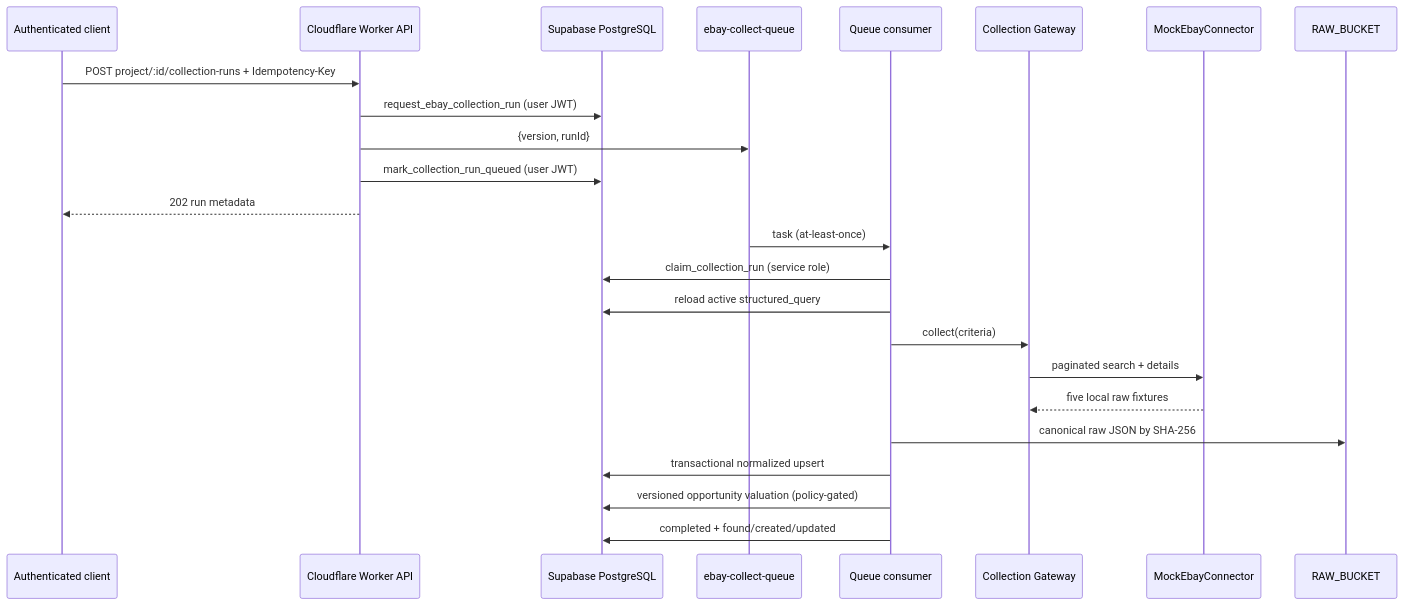
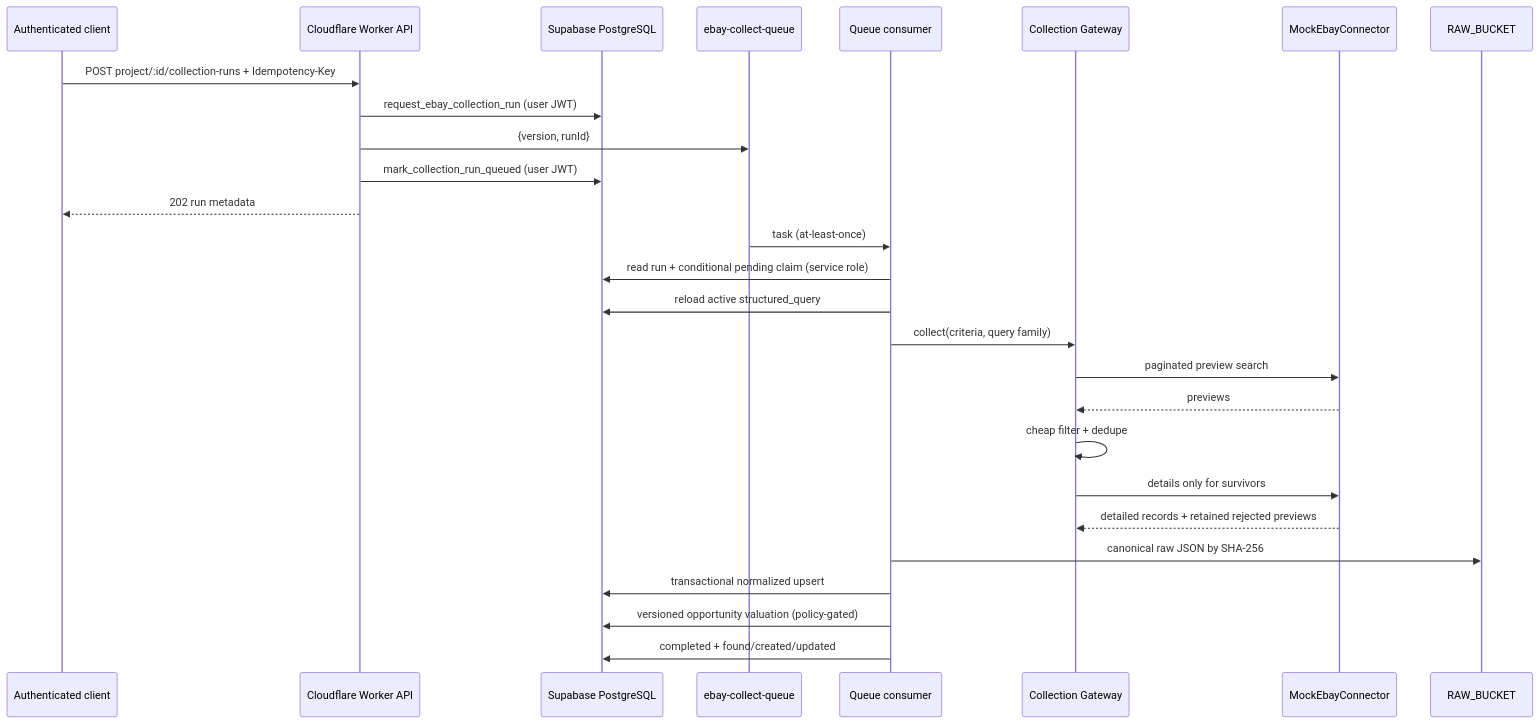
Before and after one commit to caiopieri/project-scout: the diagram in docs/collection-gateway.md, drawn with Mermaid. The commit also changed other lines of this file and 54 other files, not shown here.

````diff
--- a/docs/collection-gateway.md
+++ b/docs/collection-gateway.md
@@ -7,27 +7,30 @@
 ```mermaid
 sequenceDiagram
     participant UI as Authenticated client
     participant API as Cloudflare Worker API
     participant DB as Supabase PostgreSQL
     participant Q as ebay-collect-queue
     participant C as Queue consumer
     participant G as Collection Gateway
     participant M as MockEbayConnector
     participant R2 as RAW_BUCKET
 
     UI->>API: POST project/:id/collection-runs + Idempotency-Key
     API->>DB: request_ebay_collection_run (user JWT)
     API->>Q: {version, runId}
     API->>DB: mark_collection_run_queued (user JWT)
     API-->>UI: 202 run metadata
     Q->>C: task (at-least-once)
-    C->>DB: claim_collection_run (service role)
+    C->>DB: read run + conditional pending claim (service role)
     C->>DB: reload active structured_query
-    C->>G: collect(criteria)
-    G->>M: paginated search + details
-    M-->>G: five local raw fixtures
+    C->>G: collect(criteria, query family)
+    G->>M: paginated preview search
+    M-->>G: previews
+    G->>G: cheap filter + dedupe
+    G->>M: details only for survivors
+    M-->>G: detailed records + retained rejected previews
     C->>R2: canonical raw JSON by SHA-256
     C->>DB: transactional normalized upsert
     C->>DB: versioned opportunity valuation (policy-gated)
     C->>DB: completed + found/created/updated
 ```
````
